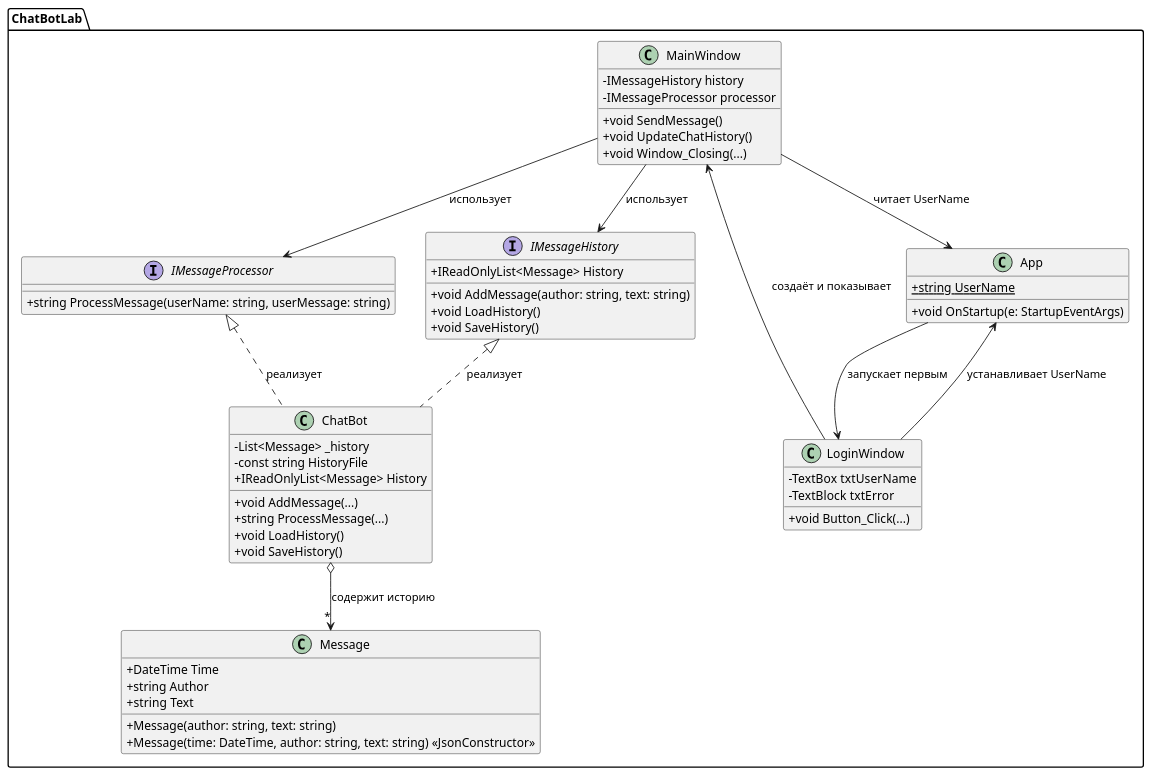
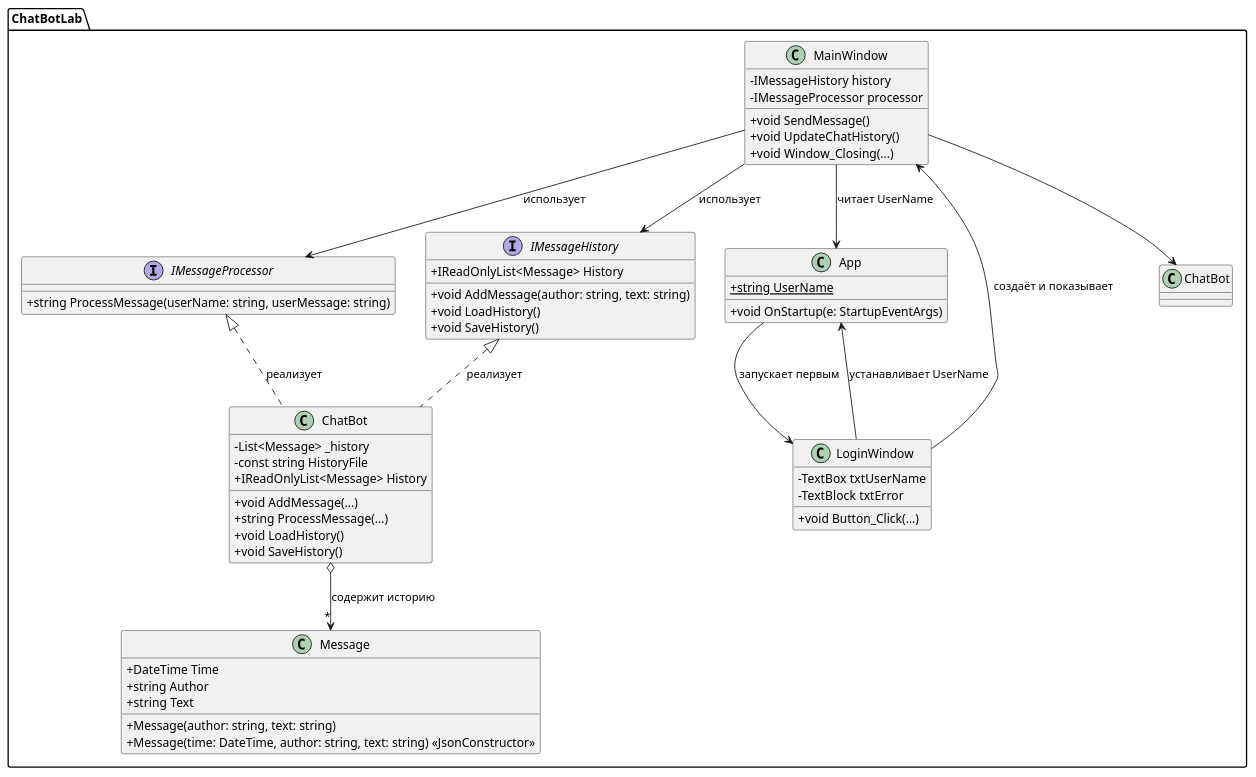
One commit to nesquikprogs/chat-bot-on-C changed the diagram in UML.md. Above: the diagram before and after it, drawn with PlantUML. The commit also changed 9 other files, not shown here.

```diff
--- a/UML.md
+++ b/UML.md
@@ -1,71 +1,73 @@
 @startuml
 skinparam classAttributeIconSize 0
 
 package "ChatBotLab" {
 
     interface IMessageHistory {
         + IReadOnlyList<Message> History
         + void AddMessage(author: string, text: string)
         + void LoadHistory()
         + void SaveHistory()
     }
 
     interface IMessageProcessor {
         + string ProcessMessage(userName: string, userMessage: string)
     }
 
     class ChatBot  {
         - List<Message> _history
         - const string HistoryFile
         + IReadOnlyList<Message> History
         + void AddMessage(...)
         + string ProcessMessage(...)
         + void LoadHistory()
         + void SaveHistory()
     }
 
     class Message  {
         + DateTime Time
         + string Author
         + string Text
         + Message(author: string, text: string)
         + Message(time: DateTime, author: string, text: string) <<JsonConstructor>>
     }
 
     class App  {
         + {static} string UserName
         + void OnStartup(e: StartupEventArgs)
     }
 
     class LoginWindow  {
         - TextBox txtUserName
         - TextBlock txtError
         + void Button_Click(...)
     }
 
     class MainWindow  {
         - IMessageHistory history
         - IMessageProcessor processor
         + void SendMessage()
         + void UpdateChatHistory()
         + void Window_Closing(...)
     }
 
     ChatBot .up.|> IMessageHistory : реализует
     ChatBot .up.|> IMessageProcessor : реализует
 
     ChatBot o--> "*" Message : содержит историю
 
     MainWindow --> IMessageHistory : использует
     MainWindow --> IMessageProcessor : использует
     MainWindow --> App : читает UserName
 
     LoginWindow --> App : устанавливает UserName
     LoginWindow --> MainWindow : создаёт и показывает
 
+    MainWindow O--> СhatBot 
+
     App --> LoginWindow : запускает первым
 }
 
 
 
 @enduml
```
